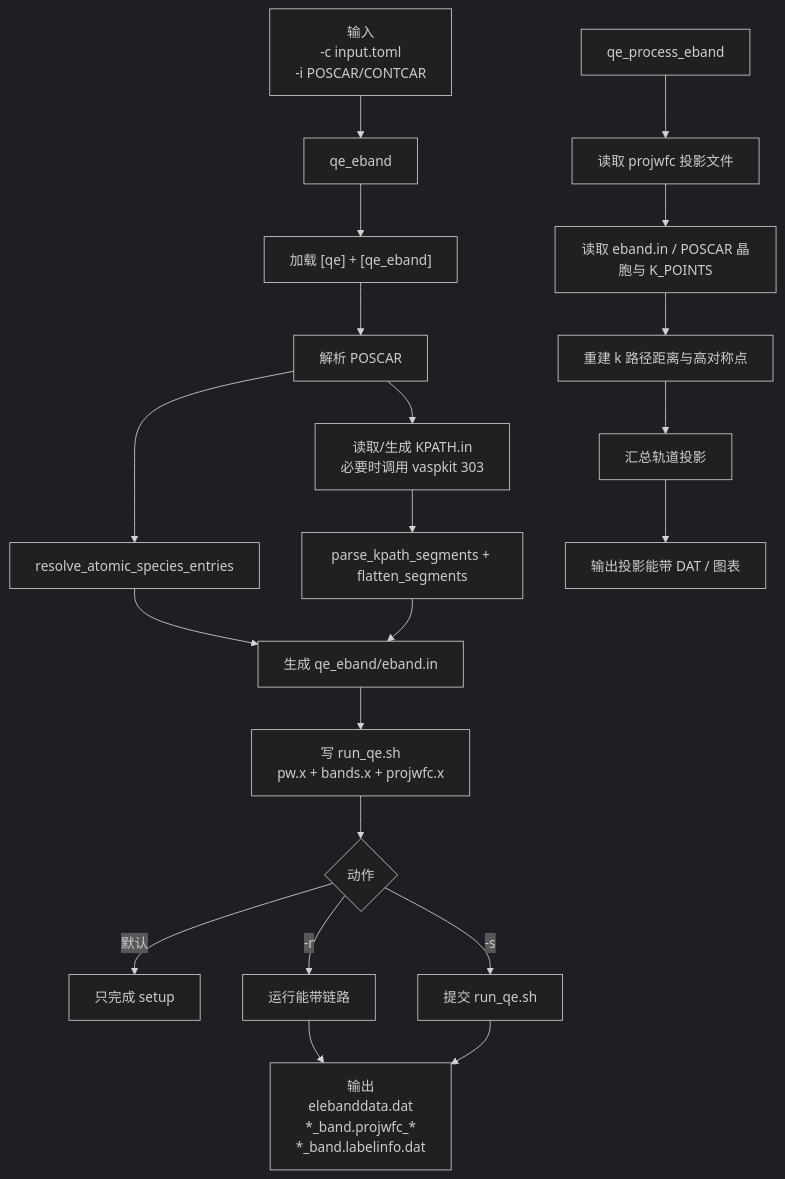
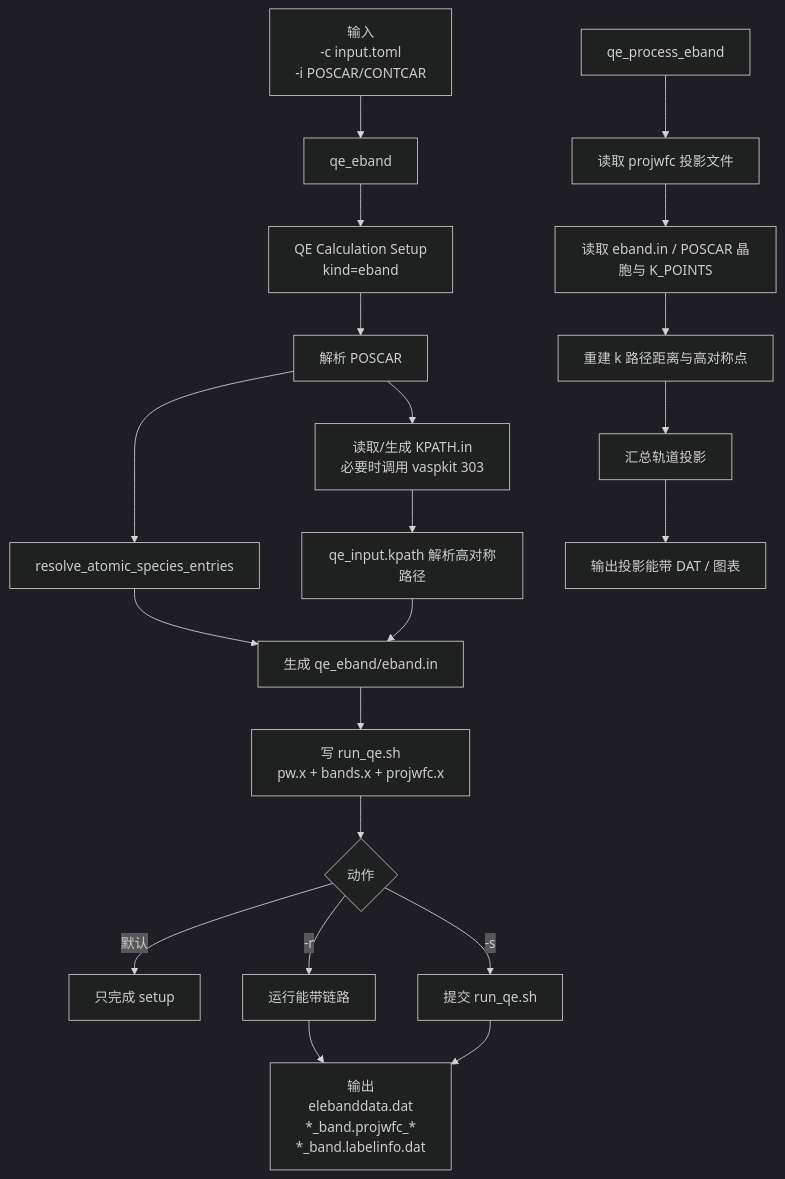
Before and after one commit to JLU-ICCMS-MaYuan/dftflow: the diagram in qeflow/eband/eband-cli-flow.mmd, drawn with Mermaid (dark theme). The commit also changed 32 other files, not shown here.

```diff
--- a/qeflow/eband/eband-cli-flow.mmd
+++ b/qeflow/eband/eband-cli-flow.mmd
@@ -1,25 +1,25 @@
 ---
 id: ceb1b219-0234-49b9-8ff6-3f078ad9a82b
 ---
 flowchart TD
     A["输入<br/>-c input.toml<br/>-i POSCAR/CONTCAR"] --> B["qe_eband"]
-    B --> C["加载 [qe] + [qe_eband]"]
+    B --> C["QE Calculation Setup<br/>kind=eband"]
     C --> D["解析 POSCAR"]
     D --> E["读取/生成 KPATH.in<br/>必要时调用 vaspkit 303"]
-    E --> F["parse_kpath_segments + flatten_segments"]
+    E --> F["qe_input.kpath 解析高对称路径"]
     D --> G["resolve_atomic_species_entries"]
     G --> H["生成 qe_eband/eband.in"]
     F --> H
     H --> I["写 run_qe.sh<br/>pw.x + bands.x + projwfc.x"]
     I --> J{"动作"}
     J -->|默认| K["只完成 setup"]
     J -->| -r | L["运行能带链路"]
     J -->| -s | M["提交 run_qe.sh"]
     L --> N["输出<br/>elebanddata.dat<br/>*_band.projwfc_*<br/>*_band.labelinfo.dat"]
     M --> N
 
     O["qe_process_eband"] --> P["读取 projwfc 投影文件"]
     P --> Q["读取 eband.in / POSCAR 晶胞与 K_POINTS"]
     Q --> R["重建 k 路径距离与高对称点"]
     R --> S["汇总轨道投影"]
     S --> T["输出投影能带 DAT / 图表"]
```
